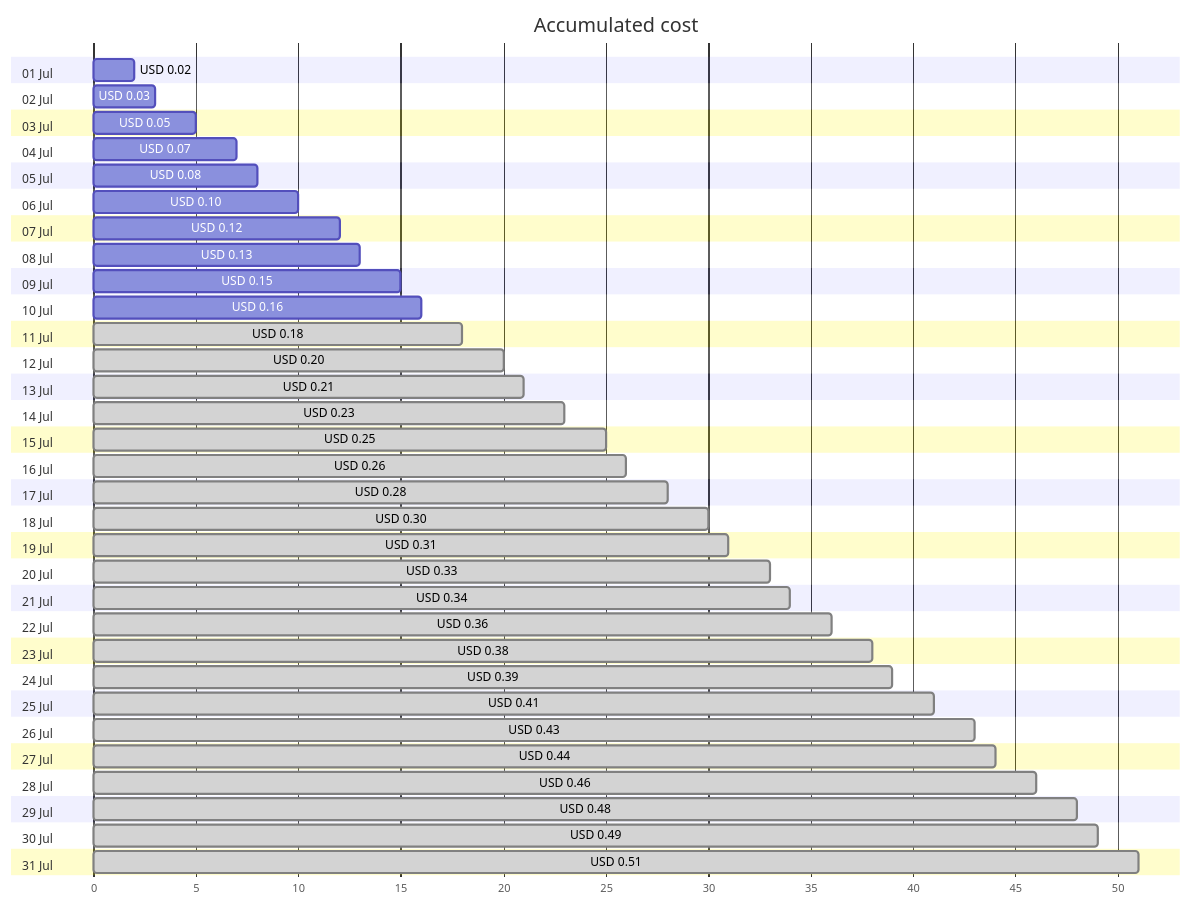
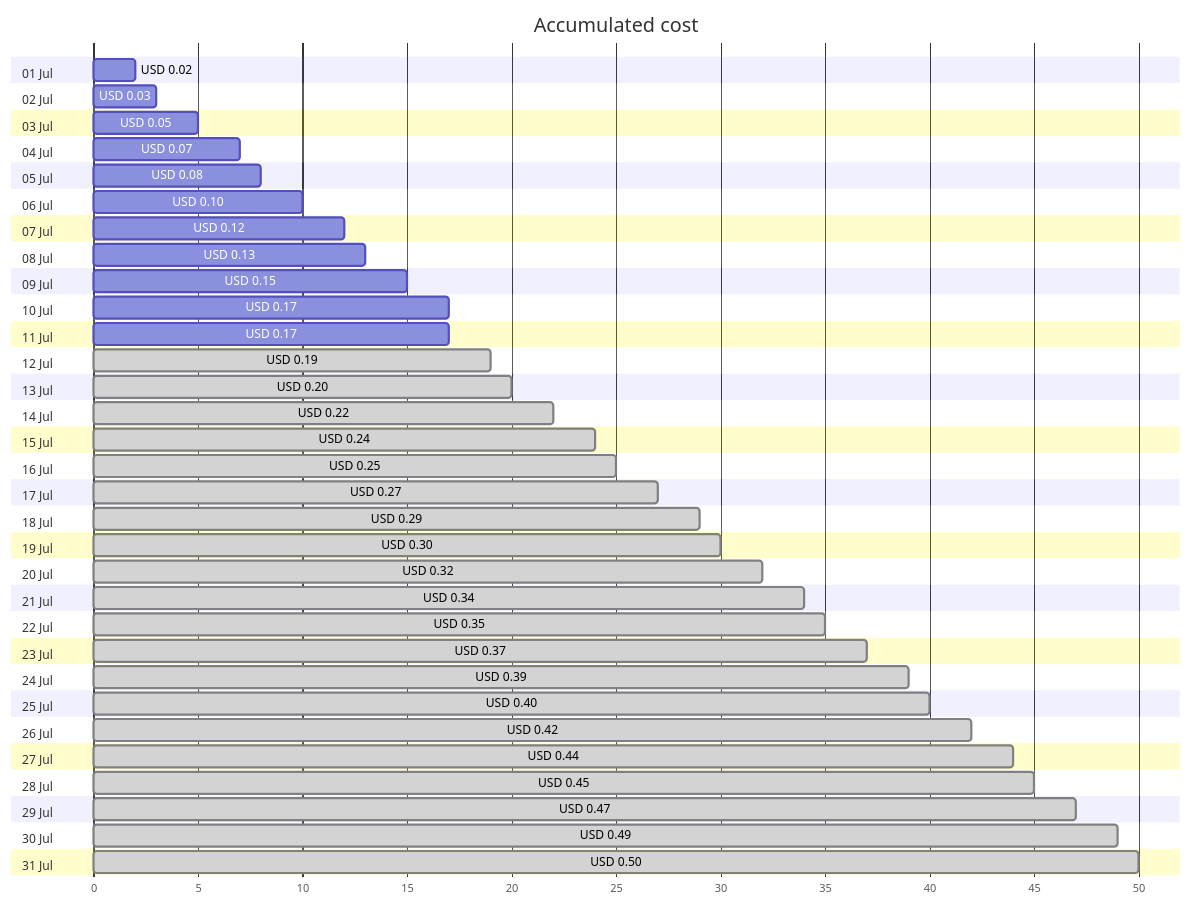
Before and after one commit to jpfulton/azure-personal-reports: the first of 4 diagrams in cost-reports/personal-dns/jpatrickfulton.dev.md, drawn with Mermaid. The commit also changed other lines of this file and 2 other files, not shown here.

Commit message:
Generated reports [skip ci]

````diff
--- a/cost-reports/personal-dns/jpatrickfulton.dev.md
+++ b/cost-reports/personal-dns/jpatrickfulton.dev.md
@@ -20,68 +20,68 @@
 ```mermaid
 gantt
    title Accumulated cost
    dateFormat  X
    axisFormat %s
    section 01 Jul
    USD 0.02 :0, 2
    section 02 Jul
    USD 0.03 :0, 3
    section 03 Jul
    USD 0.05 :0, 5
    section 04 Jul
    USD 0.07 :0, 7
    section 05 Jul
    USD 0.08 :0, 8
    section 06 Jul
    USD 0.10 :0, 10
    section 07 Jul
    USD 0.12 :0, 12
    section 08 Jul
    USD 0.13 :0, 13
    section 09 Jul
    USD 0.15 :0, 15
    section 10 Jul
-   USD 0.16 :0, 16
+   USD 0.17 :0, 17
    section 11 Jul
-   USD 0.18 : done, 0, 18
+   USD 0.17 :0, 17
    section 12 Jul
+   USD 0.19 : done, 0, 19
+   section 13 Jul
    USD 0.20 : done, 0, 20
-   section 13 Jul
-   USD 0.21 : done, 0, 21
    section 14 Jul
-   USD 0.23 : done, 0, 23
+   USD 0.22 : done, 0, 22
    section 15 Jul
+   USD 0.24 : done, 0, 24
+   section 16 Jul
    USD 0.25 : done, 0, 25
-   section 16 Jul
-   USD 0.26 : done, 0, 26
    section 17 Jul
-   USD 0.28 : done, 0, 28
+   USD 0.27 : done, 0, 27
    section 18 Jul
+   USD 0.29 : done, 0, 29
+   section 19 Jul
    USD 0.30 : done, 0, 30
-   section 19 Jul
-   USD 0.31 : done, 0, 31
    section 20 Jul
-   USD 0.33 : done, 0, 33
+   USD 0.32 : done, 0, 32
    section 21 Jul
    USD 0.34 : done, 0, 34
    section 22 Jul
-   USD 0.36 : done, 0, 36
+   USD 0.35 : done, 0, 35
    section 23 Jul
-   USD 0.38 : done, 0, 38
+   USD 0.37 : done, 0, 37
    section 24 Jul
    USD 0.39 : done, 0, 39
    section 25 Jul
-   USD 0.41 : done, 0, 41
+   USD 0.40 : done, 0, 40
    section 26 Jul
-   USD 0.43 : done, 0, 43
+   USD 0.42 : done, 0, 42
    section 27 Jul
    USD 0.44 : done, 0, 44
    section 28 Jul
-   USD 0.46 : done, 0, 46
+   USD 0.45 : done, 0, 45
    section 29 Jul
-   USD 0.48 : done, 0, 48
+   USD 0.47 : done, 0, 47
    section 30 Jul
    USD 0.49 : done, 0, 49
    section 31 Jul
-   USD 0.51 : done, 0, 51
+   USD 0.50 : done, 0, 50
 ```
````
